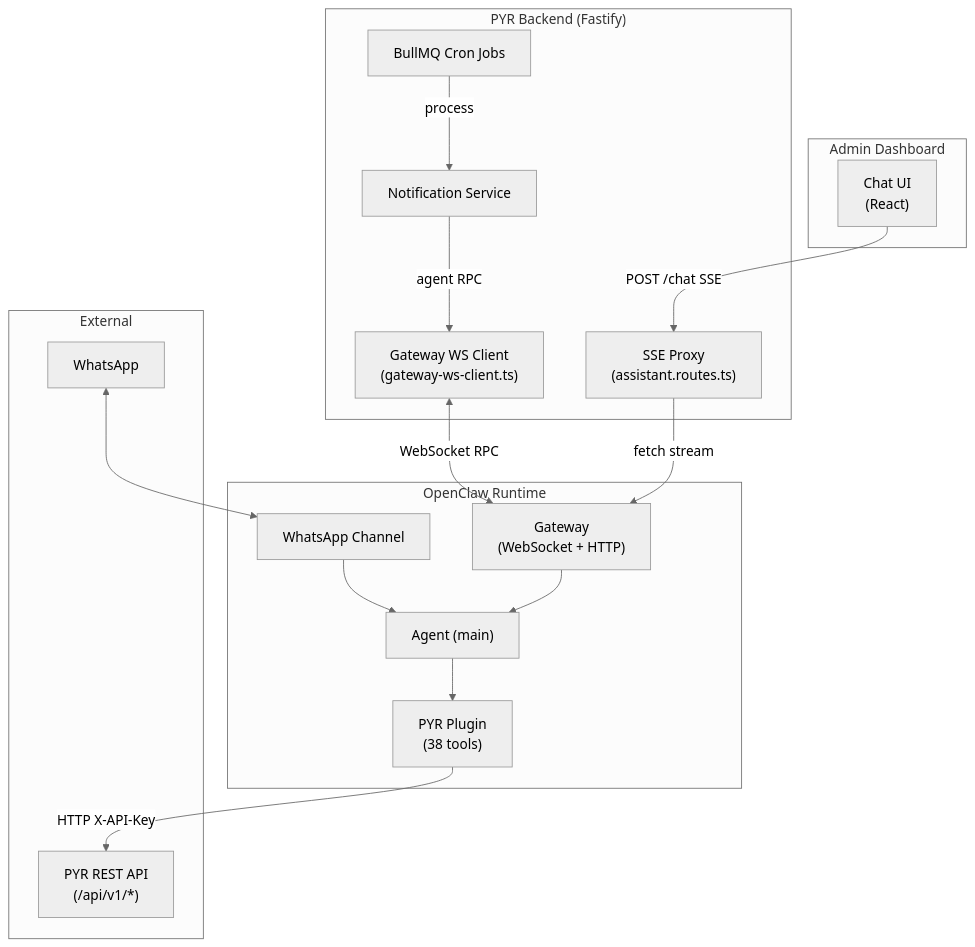
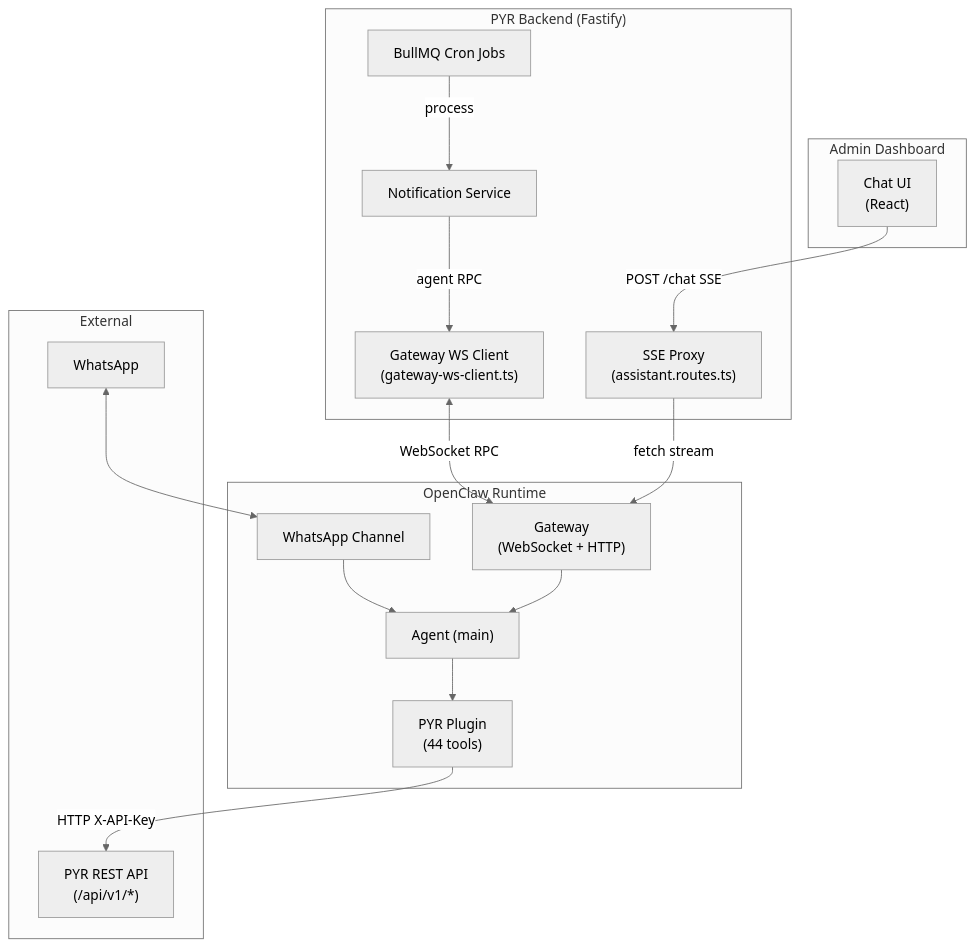
One commit to iarickvigasi/pyr changed the first of 4 diagrams in packages/assistant/ARCHITECTURE.md. Above: the diagram before and after it, drawn with Mermaid (neutral theme). The commit also changed other lines of this file and 18 other files, not shown here.

````diff
--- a/packages/assistant/ARCHITECTURE.md
+++ b/packages/assistant/ARCHITECTURE.md
@@ -11,38 +11,38 @@
 ```mermaid
 flowchart TB
     subgraph Dashboard["Admin Dashboard"]
         ChatUI["Chat UI<br/>(React)"]
     end
 
     subgraph Backend["PYR Backend (Fastify)"]
         SSE["SSE Proxy<br/>(assistant.routes.ts)"]
         GW["Gateway WS Client<br/>(gateway-ws-client.ts)"]
         Notify["Notification Service"]
         Cron["BullMQ Cron Jobs"]
     end
 
     subgraph OpenClaw["OpenClaw Runtime"]
         Gateway["Gateway<br/>(WebSocket + HTTP)"]
         Agent["Agent (main)"]
-        Plugin["PYR Plugin<br/>(38 tools)"]
+        Plugin["PYR Plugin<br/>(44 tools)"]
         WA["WhatsApp Channel"]
     end
 
     subgraph External["External"]
         WhatsApp["WhatsApp"]
         PYRAPI["PYR REST API<br/>(/api/v1/*)"]
     end
 
     ChatUI -->|POST /chat SSE| SSE
     SSE -->|fetch stream| Gateway
     Gateway --> Agent
     Agent --> Plugin
     Plugin -->|HTTP X-API-Key| PYRAPI
     GW <-->|WebSocket RPC| Gateway
 
     WhatsApp <--> WA
     WA --> Agent
 
     Notify -->|agent RPC| GW
     Cron -->|process| Notify
 ```
````
